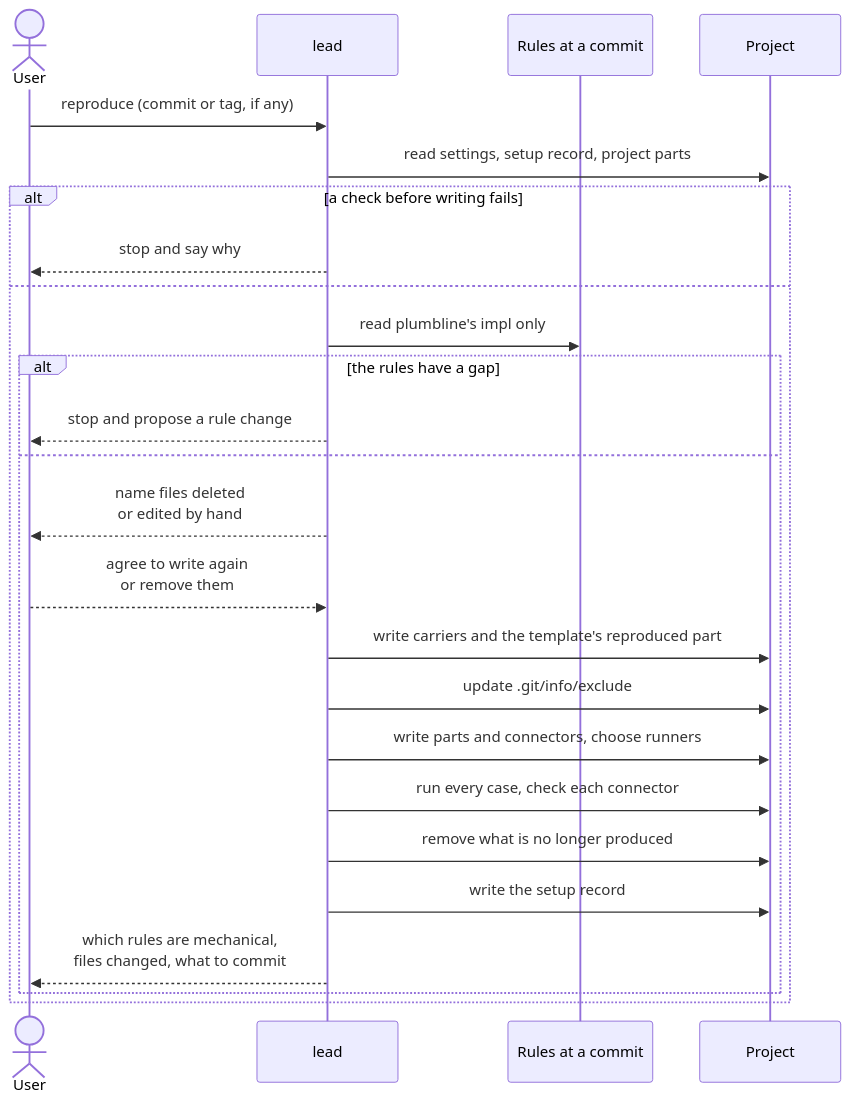
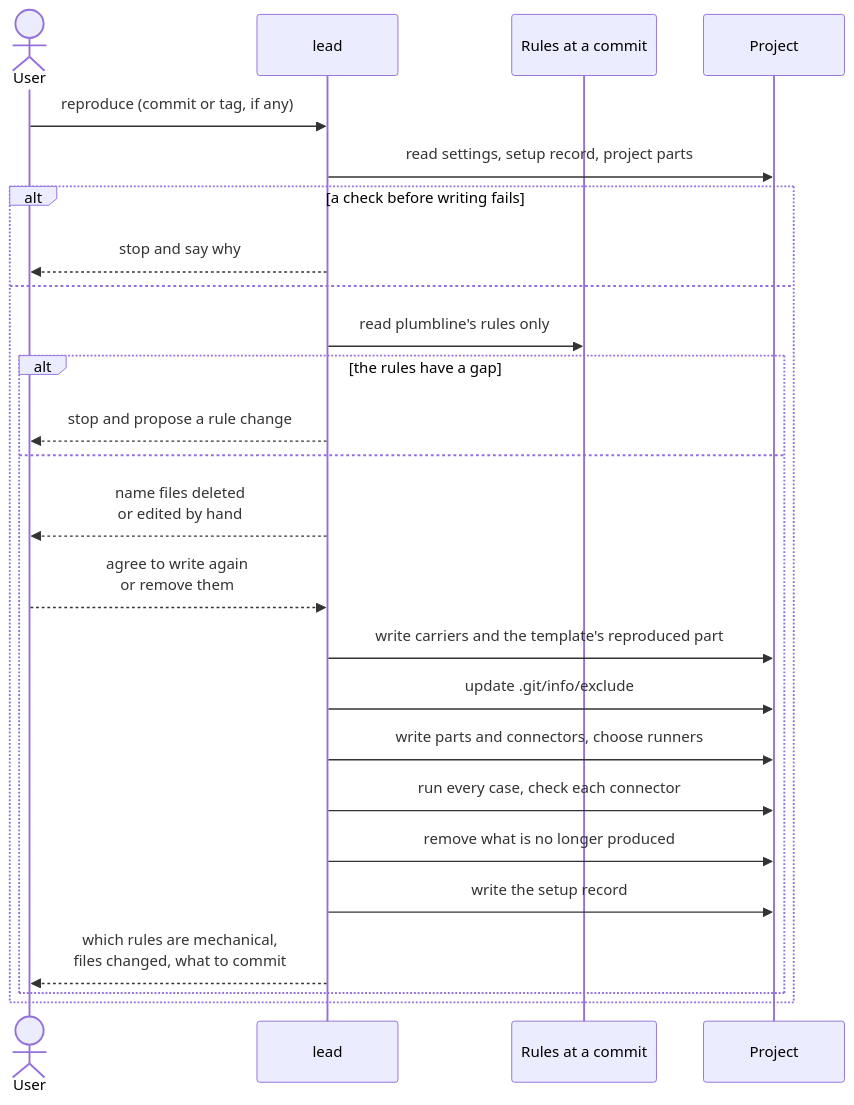
Before and after one commit to jheun66/plumbline: the first of 2 diagrams in docs/design/reproduction.md, drawn with Mermaid. The commit also changed other lines of this file and 19 other files, not shown here.

First line of the commit message:
M3 design: the README and the license in plumbline's impl

````diff
--- a/docs/design/reproduction.md
+++ b/docs/design/reproduction.md
@@ -97,27 +97,27 @@
 ```mermaid
 sequenceDiagram
   actor U as User
   participant L as lead
   participant R as Rules at a commit
   participant P as Project
   U->>L: reproduce (commit or tag, if any)
   L->>P: read settings, setup record, project parts
   alt a check before writing fails
     L-->>U: stop and say why
   else
-    L->>R: read plumbline's impl only
+    L->>R: read plumbline's rules only
     alt the rules have a gap
       L-->>U: stop and propose a rule change
     else
       L-->>U: name files deleted<br/>or edited by hand
       U-->>L: agree to write again<br/>or remove them
       L->>P: write carriers and the template's reproduced part
       L->>P: update .git/info/exclude
       L->>P: write parts and connectors, choose runners
       L->>P: run every case, check each connector
       L->>P: remove what is no longer produced
       L->>P: write the setup record
       L-->>U: which rules are mechanical,<br/>files changed, what to commit
     end
   end
 ```
````
